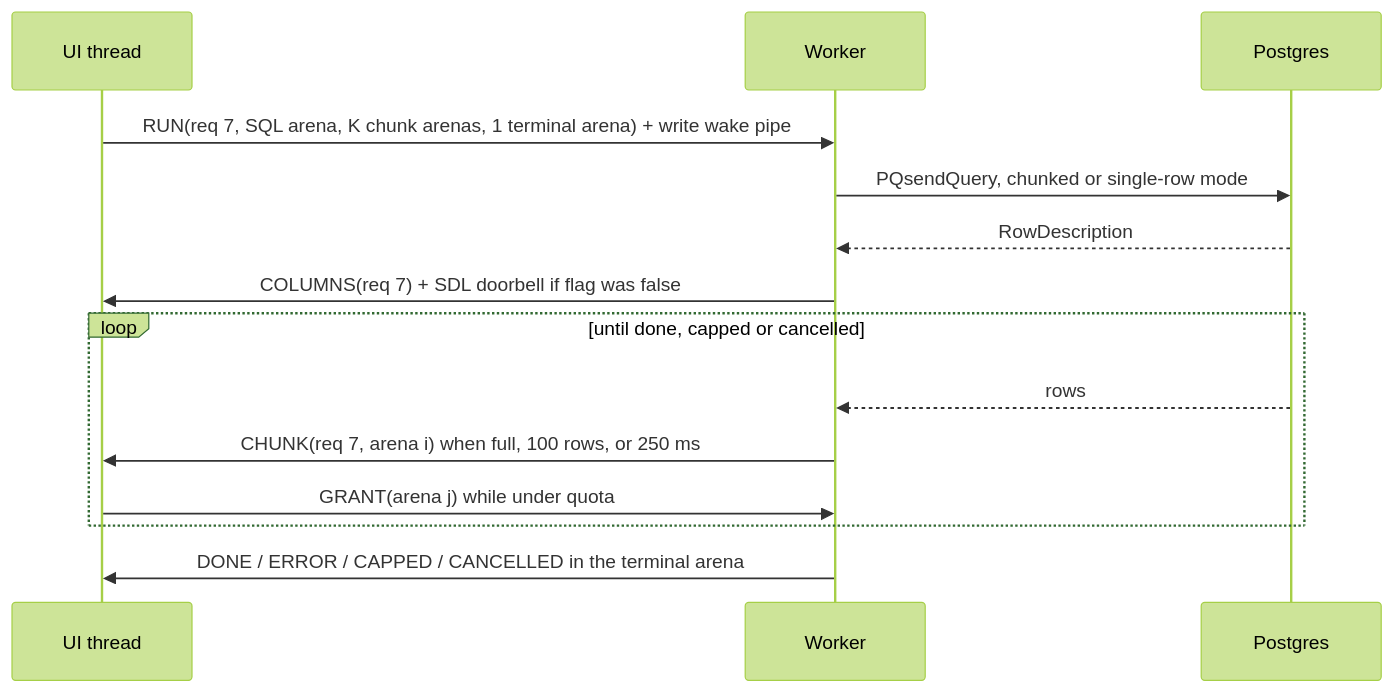
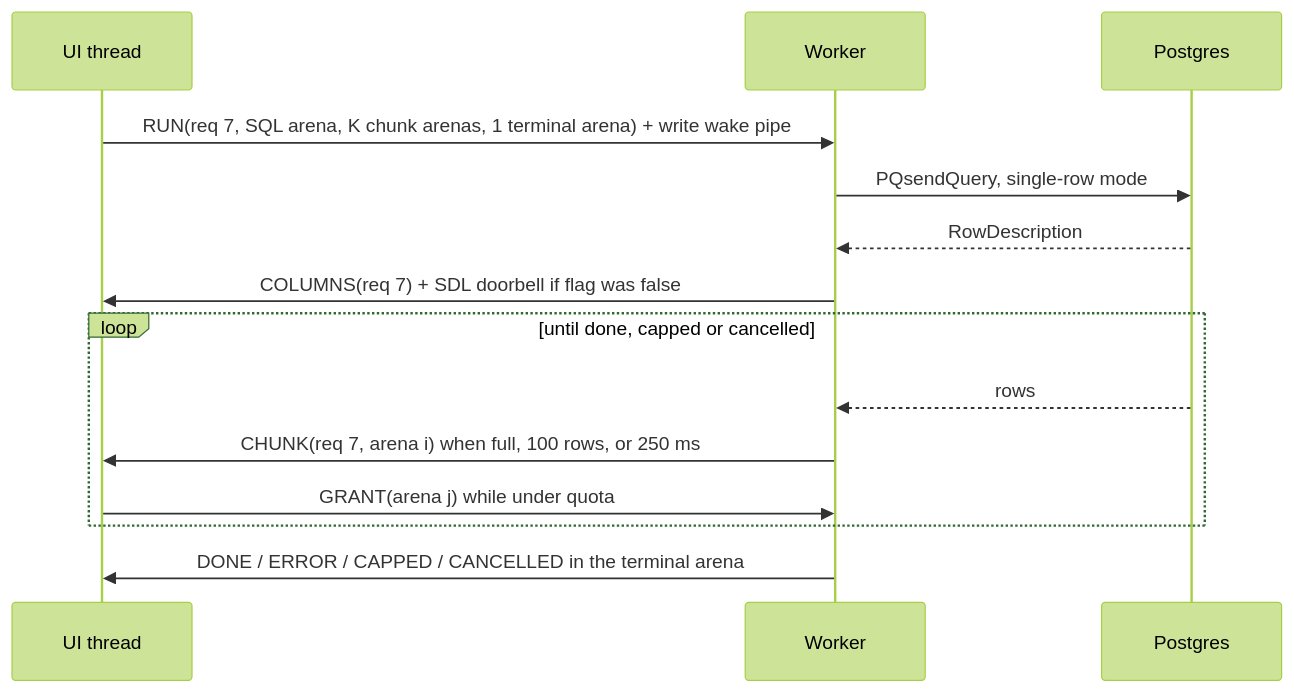
One commit to robertguss/safe-c changed the second of 7 diagrams in docs/plans/2026-10-25-2038-feat-postgres-explorer-plan.md. Above: the diagram before and after it, drawn with Mermaid (forest theme). The commit also changed other lines of this file and 47 other files, not shown here.

````diff
--- a/docs/plans/2026-10-25-2038-feat-postgres-explorer-plan.md
+++ b/docs/plans/2026-10-25-2038-feat-postgres-explorer-plan.md
@@ -235,16 +235,16 @@
 ```mermaid
 sequenceDiagram
   participant U as UI thread
   participant W as Worker
   participant P as Postgres
   U->>W: RUN(req 7, SQL arena, K chunk arenas, 1 terminal arena) + write wake pipe
-  W->>P: PQsendQuery, chunked or single-row mode
+  W->>P: PQsendQuery, single-row mode
   P-->>W: RowDescription
   W->>U: COLUMNS(req 7) + SDL doorbell if flag was false
   loop until done, capped or cancelled
     P-->>W: rows
     W->>U: CHUNK(req 7, arena i) when full, 100 rows, or 250 ms
     U->>W: GRANT(arena j) while under quota
   end
   W->>U: DONE / ERROR / CAPPED / CANCELLED in the terminal arena
 ```
````
